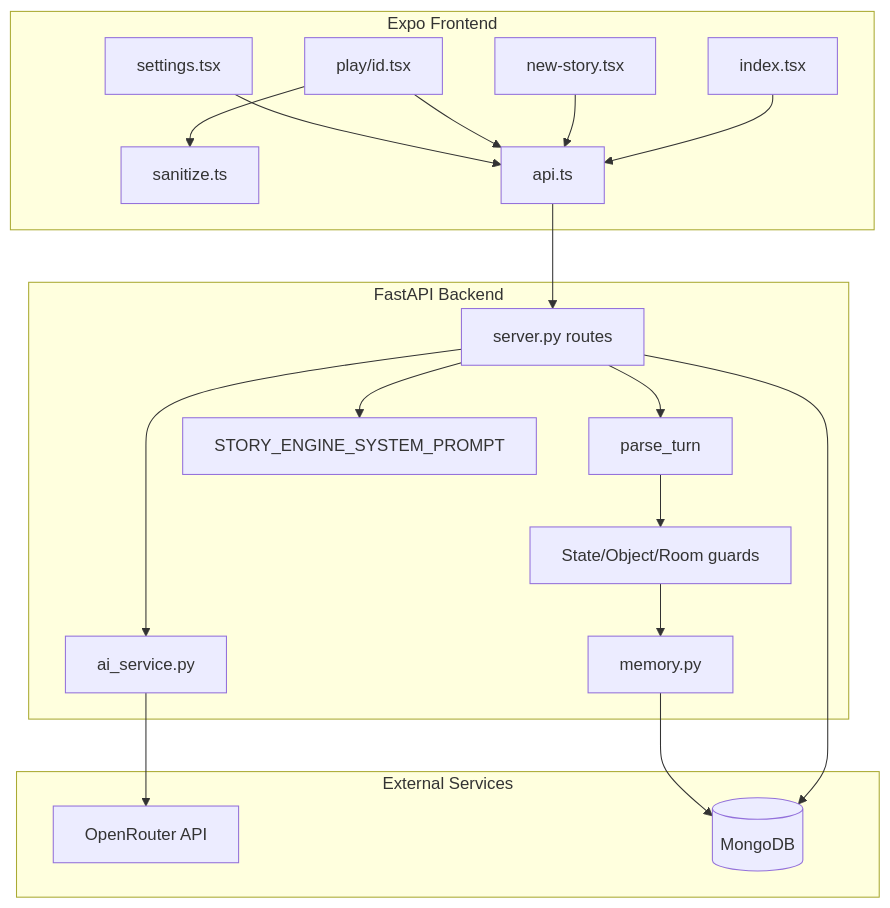
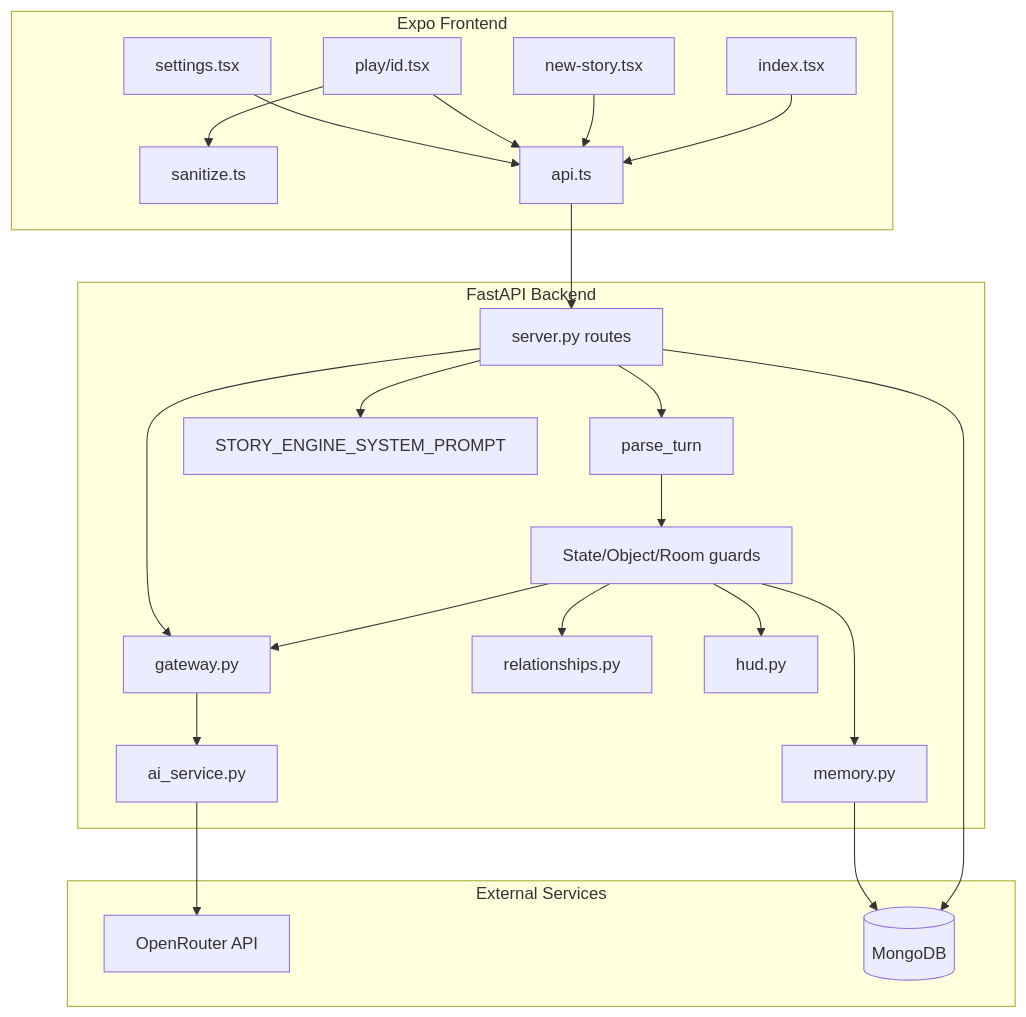
The diagram in docs/architecture.md (lochheadr92-creator/dice-reactions), drawn with Mermaid before and after one commit. The commit also changed other lines of this file and 10 other files, not shown here.

````diff
--- a/docs/architecture.md
+++ b/docs/architecture.md
@@ -5,40 +7,47 @@
 ```mermaid
 flowchart TB
     subgraph client [Expo Frontend]
         Home[index.tsx]
         NewStory[new-story.tsx]
         Play[play/id.tsx]
         Settings[settings.tsx]
         Sanitize[sanitize.ts]
         APIClient[api.ts]
     end
 
     subgraph backend [FastAPI Backend]
         Routes[server.py routes]
+        Gateway[gateway.py]
+        Relationships[relationships.py]
+        HUD[hud.py]
         Parser[parse_turn]
         Guards[State/Object/Room guards]
         Prompt[STORY_ENGINE_SYSTEM_PROMPT]
         MemLayer[memory.py]
         AI[ai_service.py]
     end
 
     subgraph external [External Services]
         OR[OpenRouter API]
         MDB[(MongoDB)]
     end
 
     Home --> APIClient
     NewStory --> APIClient
     Play --> Sanitize
     Play --> APIClient
     Settings --> APIClient
     APIClient --> Routes
     Routes --> Parser
     Parser --> Guards
+    Guards --> Gateway
+    Guards --> Relationships
+    Guards --> HUD
     Guards --> MemLayer
     Routes --> Prompt
-    Routes --> AI
+    Routes --> Gateway
+    Gateway --> AI
     AI --> OR
     Routes --> MDB
     MemLayer --> MDB
 ```
````
